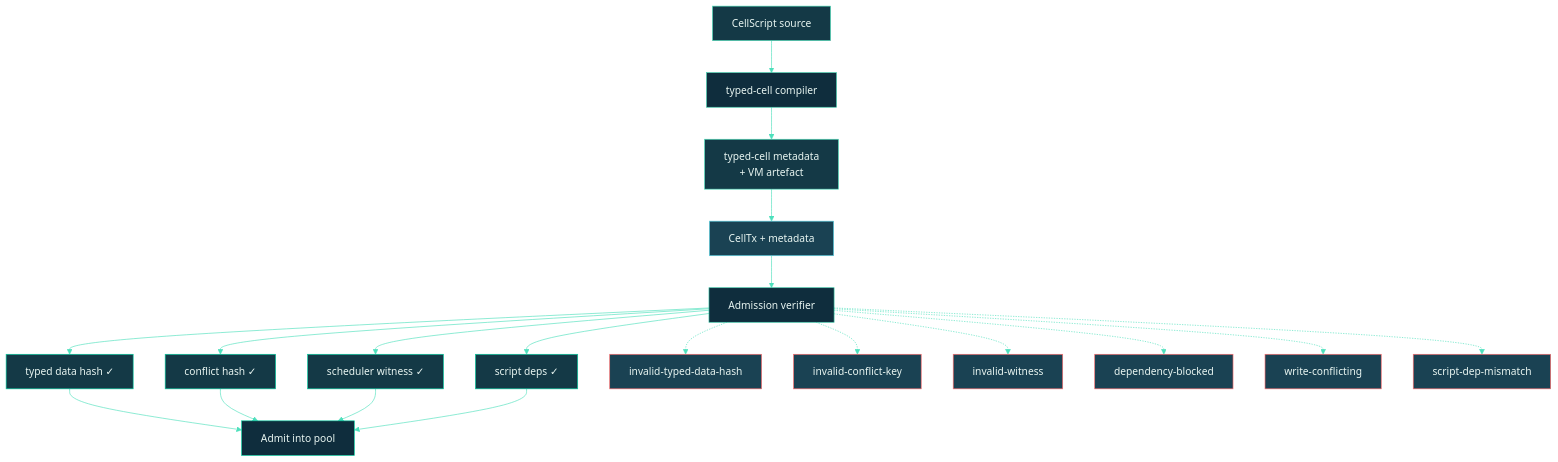
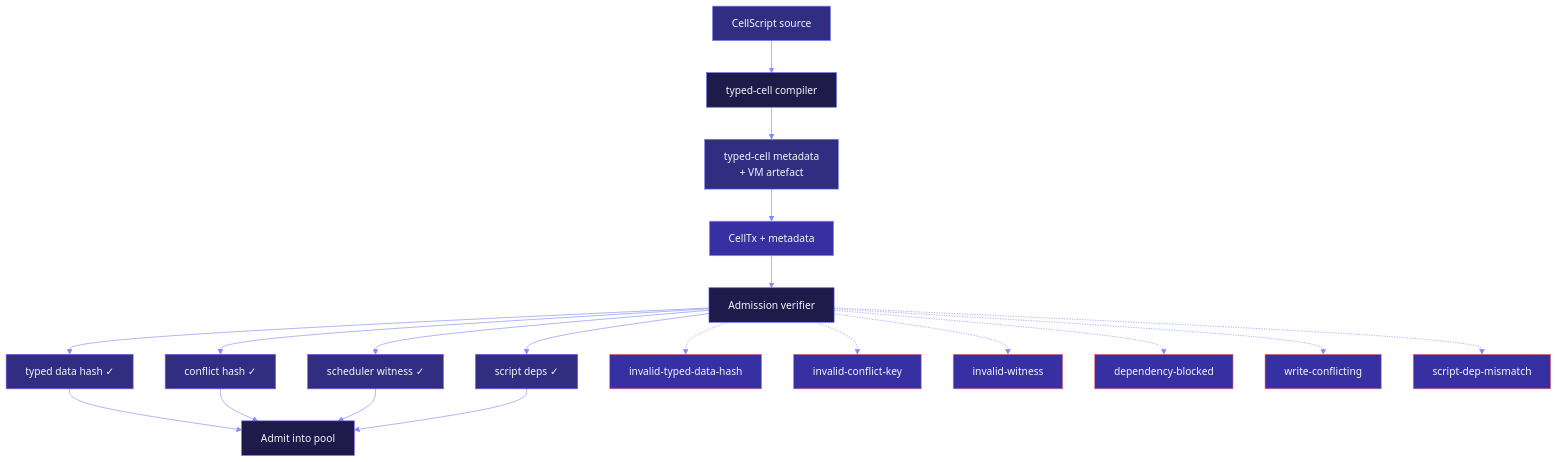
The diagram in docs/architecture/cellscript.md (Myelin-Labs/Myelin), drawn with Mermaid before and after one commit. The commit also changed 31 other files, not shown here.

````diff
--- a/docs/architecture/cellscript.md
+++ b/docs/architecture/cellscript.md
@@ -44,52 +44,52 @@
 ```mermaid
 %%{init: {
   "theme": "base",
   "themeVariables": {
-    "primaryColor": "#0F2D3D",
-    "primaryTextColor": "#E8F5F1",
-    "primaryBorderColor": "#3CCBAA",
-    "lineColor": "#4EE0BC",
-    "secondaryColor": "#143946",
-    "tertiaryColor": "#1A4253"
+    "primaryColor": "#1E1B4B",
+    "primaryTextColor": "#F1F5F9",
+    "primaryBorderColor": "#6366F1",
+    "lineColor": "#818CF8",
+    "secondaryColor": "#312E81",
+    "tertiaryColor": "#3730A3"
   }
 }}%%
 flowchart TB
     A["CellScript source"]:::src
     B["typed-cell compiler"]:::comp
     C["typed-cell metadata<br/>+ VM artefact"]:::meta
     D["CellTx + metadata"]:::tx
     E["Admission verifier"]:::check
     F1["typed data hash ✓"]:::ok
     F2["conflict hash ✓"]:::ok
     F3["scheduler witness ✓"]:::ok
     F4["script deps ✓"]:::ok
     G["Admit into pool"]:::good
     R1["invalid-typed-data-hash"]:::bad
     R2["invalid-conflict-key"]:::bad
     R3["invalid-witness"]:::bad
     R4["dependency-blocked"]:::bad
     R5["write-conflicting"]:::bad
     R6["script-dep-mismatch"]:::bad
 
     A --> B --> C --> D --> E
     E --> F1
     E --> F2
     E --> F3
     E --> F4
     F1 & F2 & F3 & F4 --> G
     E -.-> R1
     E -.-> R2
     E -.-> R3
     E -.-> R4
     E -.-> R5
     E -.-> R6
 
-    classDef src  fill:#143946,stroke:#4EE0BC,color:#E8F5F1;
-    classDef comp fill:#0F2D3D,stroke:#3CCBAA,color:#E8F5F1;
-    classDef meta fill:#143946,stroke:#4EE0BC,color:#E8F5F1;
-    classDef tx   fill:#1A4253,stroke:#5DD4E5,color:#E8F5F1;
-    classDef check fill:#0F2D3D,stroke:#3CCBAA,color:#E8F5F1;
-    classDef ok   fill:#143946,stroke:#00CC9F,color:#E8F5F1;
-    classDef good fill:#0F2D3D,stroke:#00CC9F,color:#E8F5F1;
-    classDef bad  fill:#1A4253,stroke:#FF6B6B,color:#E8F5F1;
+    classDef src  fill:#312E81,stroke:#818CF8,color:#F1F5F9;
+    classDef comp fill:#1E1B4B,stroke:#6366F1,color:#F1F5F9;
+    classDef meta fill:#312E81,stroke:#818CF8,color:#F1F5F9;
+    classDef tx   fill:#3730A3,stroke:#A78BFA,color:#F1F5F9;
+    classDef check fill:#1E1B4B,stroke:#6366F1,color:#F1F5F9;
+    classDef ok   fill:#312E81,stroke:#8B5CF6,color:#F1F5F9;
+    classDef good fill:#1E1B4B,stroke:#8B5CF6,color:#F1F5F9;
+    classDef bad  fill:#3730A3,stroke:#F87171,color:#F1F5F9;
 ```
````
